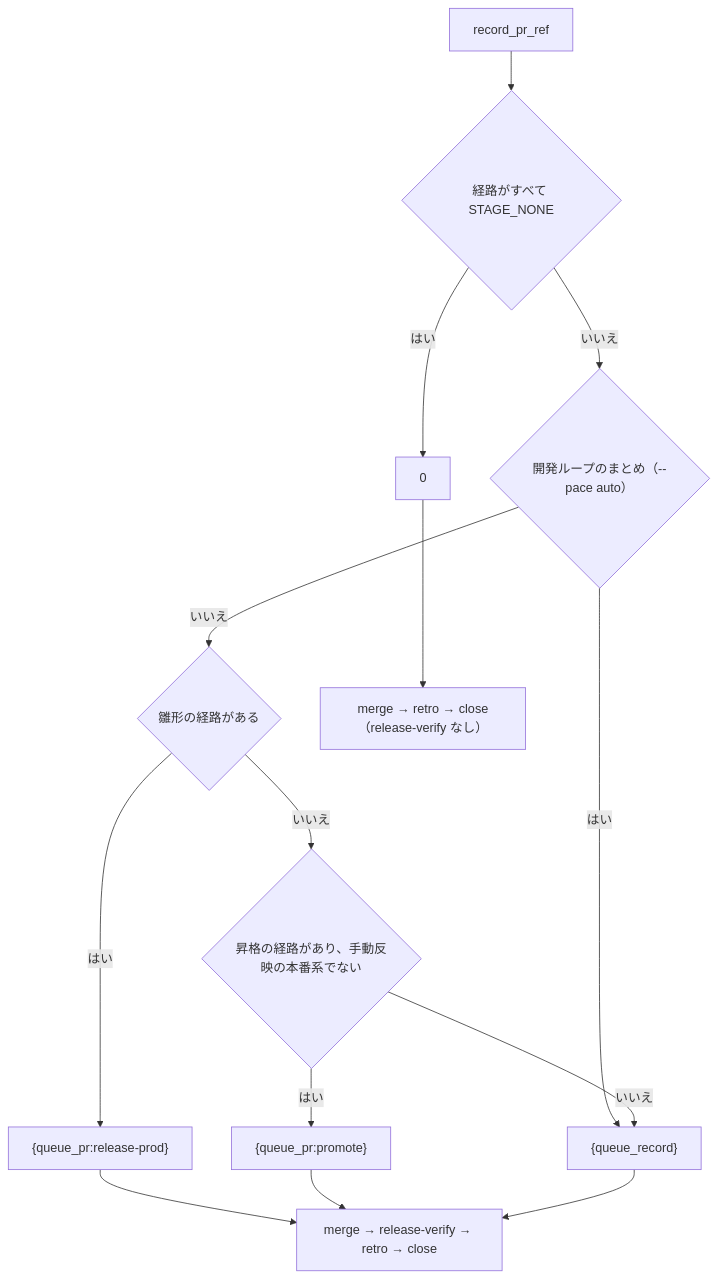
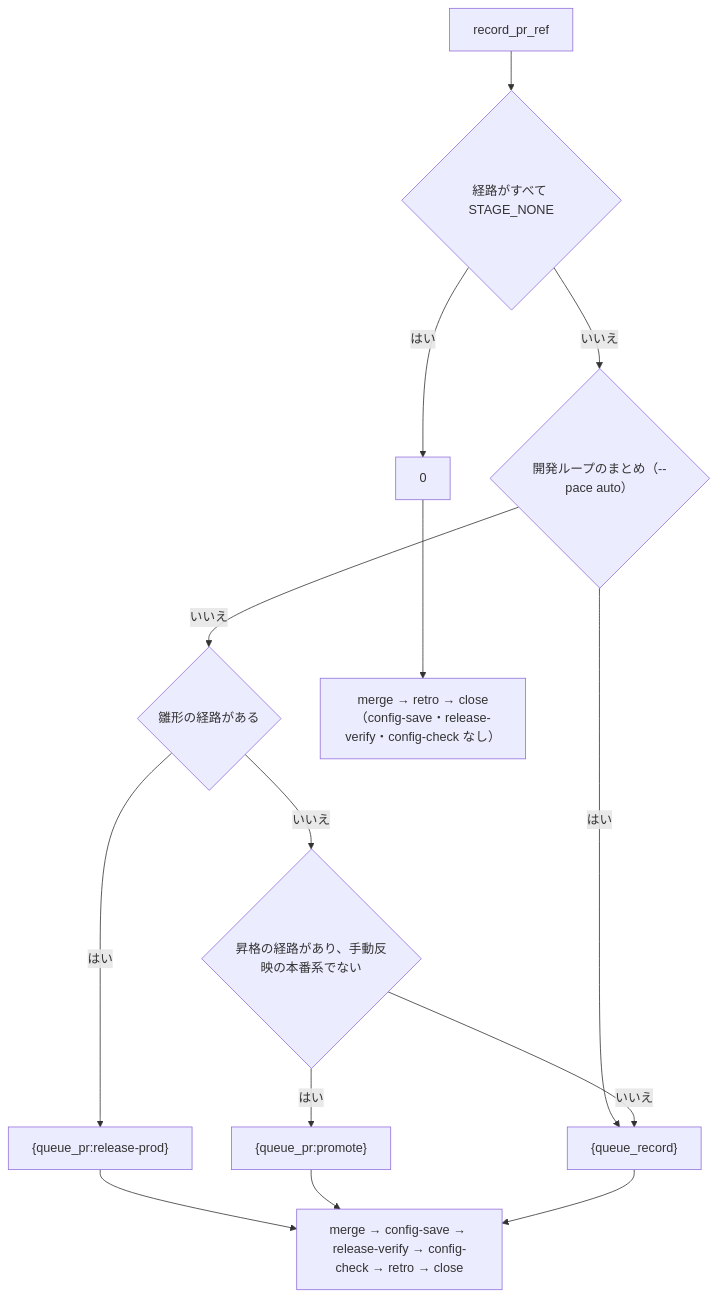
The diagram in docs/specifications/ndf-sprint-misjudgments-unknown-record-and-manual-none.md (devbasex/ai-plugins), drawn with Mermaid before and after one commit. The commit also changed 1 other file, not shown here.

Commit message:
Docs: まとめのプランの並びの確定仕様に、利用者の設定の控えと比べるステップを足す（#2401）
リリース記録のあるまとめのプランは、リリース後テストの前に config-save、後に config-check を打ち、
失敗したときは config-check-on-fail で比べて止まる。並びを書いた 2 つの確定仕様の表・図・テストの説明を合わせる。

````diff
--- a/docs/specifications/ndf-sprint-misjudgments-unknown-record-and-manual-none.md
+++ b/docs/specifications/ndf-sprint-misjudgments-unknown-record-and-manual-none.md
@@ -109,16 +109,16 @@
 ```mermaid
 flowchart TD
   A["record_pr_ref"] --> D{"経路がすべて STAGE_NONE"}
   D -- はい --> Z["0"]
   D -- いいえ --> L{"開発ループのまとめ（--pace auto）"}
   L -- はい --> U["{queue_record}"]
   L -- いいえ --> B{"雛形の経路がある"}
   B -- はい --> T["{queue_pr:release-prod}"]
   B -- いいえ --> C{"昇格の経路があり、手動反映の本番系でない"}
   C -- はい --> P["{queue_pr:promote}"]
   C -- いいえ --> U
-  T --> V["merge → release-verify → retro → close"]
+  T --> V["merge → config-save → release-verify → config-check → retro → close"]
   P --> V
   U --> V
-  Z --> W["merge → retro → close（release-verify なし）"]
+  Z --> W["merge → retro → close（config-save・release-verify・config-check なし）"]
 ```
````
